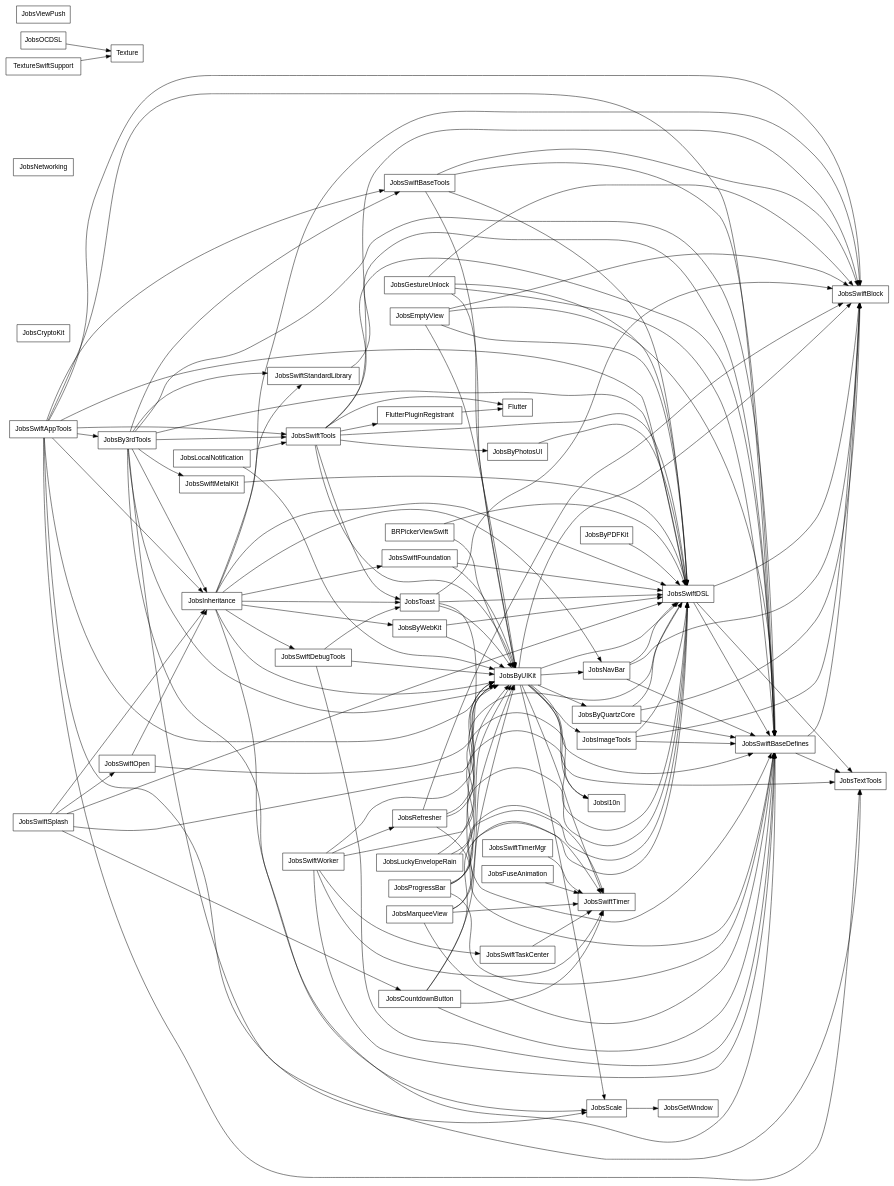
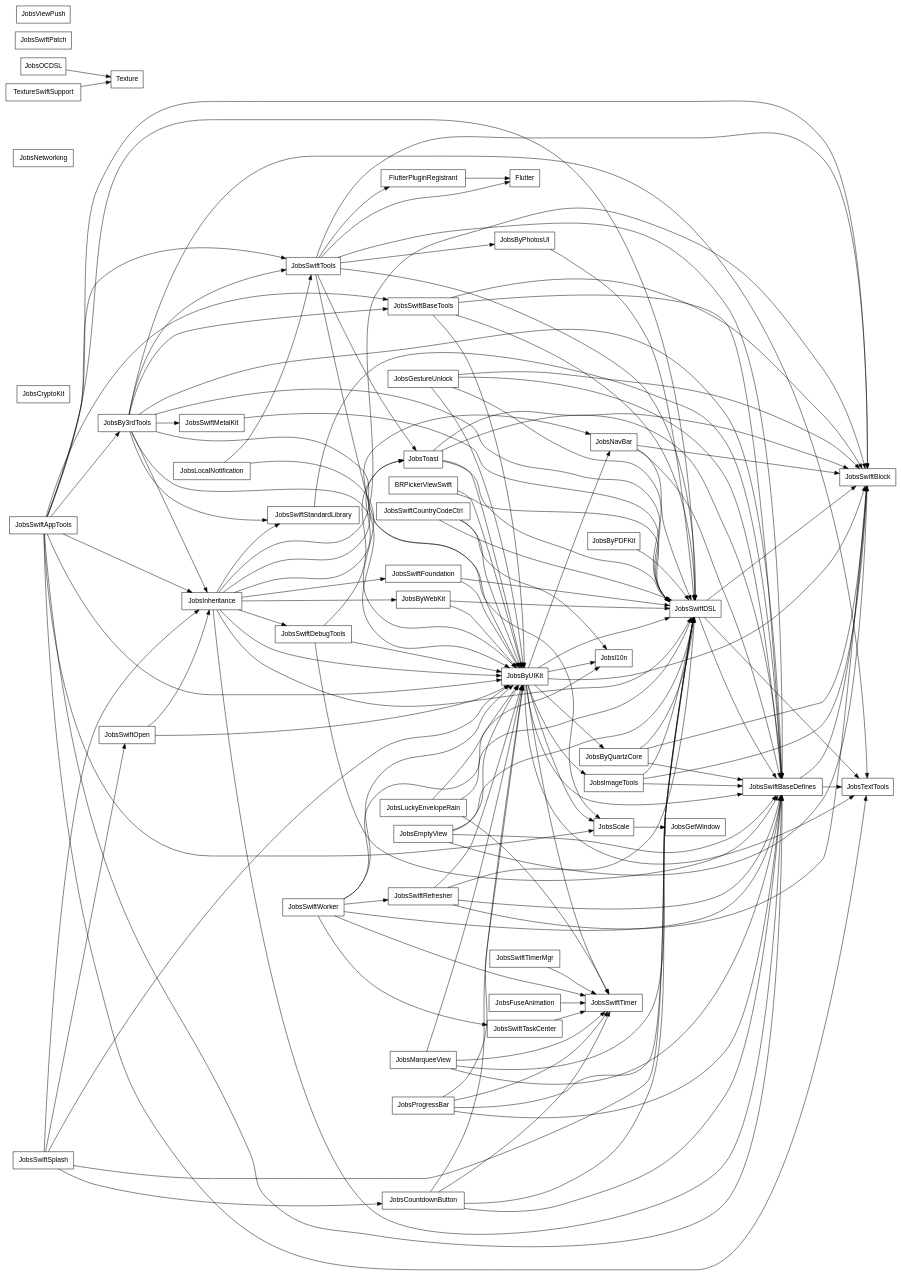
Before and after one commit to JobsKits/JobsSwiftBaseConfigDemo: the diagram in PodspecDependencyReport/PodspecDependencies_internal.dot, drawn with Graphviz. The commit also changed 61 other files, not shown here.

```diff
--- a/PodspecDependencyReport/PodspecDependencies_internal.dot
+++ b/PodspecDependencyReport/PodspecDependencies_internal.dot
@@ -1,184 +1,189 @@
 digraph PodspecDependencies {
   rankdir=LR;
   node [shape=box, fontname="Helvetica"];
   "BRPickerViewSwift";
   "Flutter";
   "FlutterPluginRegistrant";
   "JobsBy3rdTools";
   "JobsByPDFKit";
   "JobsByPhotosUI";
   "JobsByQuartzCore";
   "JobsByUIKit";
   "JobsByWebKit";
   "JobsCountdownButton";
   "JobsCryptoKit";
   "JobsEmptyView";
   "JobsFuseAnimation";
   "JobsGestureUnlock";
   "JobsGetWindow";
   "JobsImageTools";
   "JobsInheritance";
   "JobsLocalNotification";
   "JobsLuckyEnvelopeRain";
   "JobsMarqueeView";
   "JobsNavBar";
   "JobsNetworking";
   "JobsOCDSL";
   "JobsProgressBar";
-  "JobsRefresher";
   "JobsScale";
   "JobsSwiftAppTools";
   "JobsSwiftBaseDefines";
   "JobsSwiftBaseTools";
   "JobsSwiftBlock";
+  "JobsSwiftCountryCodeCtrl";
   "JobsSwiftDSL";
   "JobsSwiftDebugTools";
   "JobsSwiftFoundation";
   "JobsSwiftMetalKit";
   "JobsSwiftOpen";
+  "JobsSwiftPatch";
+  "JobsSwiftRefresher";
   "JobsSwiftSplash";
   "JobsSwiftStandardLibrary";
   "JobsSwiftTaskCenter";
   "JobsSwiftTimer";
   "JobsSwiftTimerMgr";
   "JobsSwiftTools";
   "JobsSwiftWorker";
   "JobsTextTools";
   "JobsToast";
   "JobsViewPush";
   "Jobsl10n";
   "Texture";
   "TextureSwiftSupport";
   "BRPickerViewSwift" -> "JobsByUIKit";
   "BRPickerViewSwift" -> "JobsSwiftDSL";
   "FlutterPluginRegistrant" -> "Flutter";
   "JobsBy3rdTools" -> "JobsByUIKit";
   "JobsBy3rdTools" -> "JobsInheritance";
   "JobsBy3rdTools" -> "JobsScale";
   "JobsBy3rdTools" -> "JobsSwiftBaseDefines";
   "JobsBy3rdTools" -> "JobsSwiftBaseTools";
   "JobsBy3rdTools" -> "JobsSwiftDSL";
   "JobsBy3rdTools" -> "JobsSwiftMetalKit";
   "JobsBy3rdTools" -> "JobsSwiftStandardLibrary";
   "JobsBy3rdTools" -> "JobsSwiftTools";
   "JobsBy3rdTools" -> "JobsTextTools";
   "JobsByPDFKit" -> "JobsSwiftDSL";
   "JobsByPhotosUI" -> "JobsSwiftDSL";
   "JobsByQuartzCore" -> "JobsSwiftBaseDefines";
   "JobsByQuartzCore" -> "JobsSwiftBlock";
   "JobsByQuartzCore" -> "JobsSwiftDSL";
   "JobsByUIKit" -> "JobsByQuartzCore";
   "JobsByUIKit" -> "JobsImageTools";
   "JobsByUIKit" -> "JobsNavBar";
   "JobsByUIKit" -> "JobsScale";
   "JobsByUIKit" -> "JobsSwiftBaseDefines";
   "JobsByUIKit" -> "JobsSwiftBlock";
   "JobsByUIKit" -> "JobsSwiftDSL";
   "JobsByUIKit" -> "JobsSwiftTimer";
   "JobsByUIKit" -> "JobsTextTools";
   "JobsByUIKit" -> "Jobsl10n";
   "JobsByWebKit" -> "JobsByUIKit";
   "JobsByWebKit" -> "JobsSwiftDSL";
   "JobsCountdownButton" -> "JobsByUIKit";
   "JobsCountdownButton" -> "JobsSwiftBaseDefines";
   "JobsCountdownButton" -> "JobsSwiftDSL";
   "JobsCountdownButton" -> "JobsSwiftTimer";
   "JobsEmptyView" -> "JobsByUIKit";
   "JobsEmptyView" -> "JobsSwiftBaseDefines";
   "JobsEmptyView" -> "JobsSwiftBlock";
   "JobsEmptyView" -> "JobsSwiftDSL";
   "JobsFuseAnimation" -> "JobsSwiftTimer";
   "JobsGestureUnlock" -> "JobsByUIKit";
   "JobsGestureUnlock" -> "JobsSwiftBaseDefines";
   "JobsGestureUnlock" -> "JobsSwiftBlock";
   "JobsGestureUnlock" -> "JobsSwiftDSL";
   "JobsImageTools" -> "JobsSwiftBaseDefines";
   "JobsImageTools" -> "JobsSwiftBlock";
   "JobsImageTools" -> "JobsSwiftDSL";
   "JobsInheritance" -> "JobsByUIKit";
   "JobsInheritance" -> "JobsByWebKit";
   "JobsInheritance" -> "JobsNavBar";
   "JobsInheritance" -> "JobsSwiftBaseDefines";
   "JobsInheritance" -> "JobsSwiftBlock";
   "JobsInheritance" -> "JobsSwiftDSL";
   "JobsInheritance" -> "JobsSwiftDebugTools";
   "JobsInheritance" -> "JobsSwiftFoundation";
   "JobsInheritance" -> "JobsSwiftStandardLibrary";
   "JobsInheritance" -> "JobsToast";
   "JobsLocalNotification" -> "JobsByUIKit";
   "JobsLocalNotification" -> "JobsSwiftTools";
   "JobsLuckyEnvelopeRain" -> "JobsByUIKit";
   "JobsLuckyEnvelopeRain" -> "JobsSwiftDSL";
   "JobsLuckyEnvelopeRain" -> "JobsSwiftTimer";
   "JobsMarqueeView" -> "JobsByUIKit";
   "JobsMarqueeView" -> "JobsSwiftBaseDefines";
   "JobsMarqueeView" -> "JobsSwiftDSL";
   "JobsMarqueeView" -> "JobsSwiftTimer";
   "JobsNavBar" -> "JobsSwiftBaseDefines";
   "JobsNavBar" -> "JobsSwiftBlock";
   "JobsNavBar" -> "JobsSwiftDSL";
   "JobsOCDSL" -> "Texture";
   "JobsProgressBar" -> "JobsByUIKit";
   "JobsProgressBar" -> "JobsSwiftBaseDefines";
   "JobsProgressBar" -> "JobsSwiftDSL";
   "JobsProgressBar" -> "JobsSwiftTimer";
-  "JobsRefresher" -> "JobsByUIKit";
-  "JobsRefresher" -> "JobsSwiftBaseDefines";
-  "JobsRefresher" -> "JobsSwiftBlock";
-  "JobsRefresher" -> "JobsSwiftDSL";
   "JobsScale" -> "JobsGetWindow";
   "JobsSwiftAppTools" -> "JobsBy3rdTools";
   "JobsSwiftAppTools" -> "JobsByUIKit";
   "JobsSwiftAppTools" -> "JobsInheritance";
   "JobsSwiftAppTools" -> "JobsScale";
   "JobsSwiftAppTools" -> "JobsSwiftBaseDefines";
   "JobsSwiftAppTools" -> "JobsSwiftBaseTools";
   "JobsSwiftAppTools" -> "JobsSwiftBlock";
   "JobsSwiftAppTools" -> "JobsSwiftDSL";
   "JobsSwiftAppTools" -> "JobsSwiftTools";
   "JobsSwiftAppTools" -> "JobsTextTools";
   "JobsSwiftBaseDefines" -> "JobsSwiftBlock";
   "JobsSwiftBaseDefines" -> "JobsTextTools";
   "JobsSwiftBaseTools" -> "JobsByUIKit";
   "JobsSwiftBaseTools" -> "JobsSwiftBaseDefines";
   "JobsSwiftBaseTools" -> "JobsSwiftBlock";
   "JobsSwiftBaseTools" -> "JobsSwiftDSL";
+  "JobsSwiftCountryCodeCtrl" -> "JobsByUIKit";
+  "JobsSwiftCountryCodeCtrl" -> "JobsSwiftDSL";
+  "JobsSwiftCountryCodeCtrl" -> "Jobsl10n";
   "JobsSwiftDSL" -> "JobsSwiftBaseDefines";
   "JobsSwiftDSL" -> "JobsSwiftBlock";
   "JobsSwiftDSL" -> "JobsTextTools";
   "JobsSwiftDebugTools" -> "JobsByUIKit";
   "JobsSwiftDebugTools" -> "JobsSwiftBaseDefines";
   "JobsSwiftDebugTools" -> "JobsToast";
   "JobsSwiftFoundation" -> "JobsByUIKit";
   "JobsSwiftFoundation" -> "JobsSwiftDSL";
   "JobsSwiftMetalKit" -> "JobsSwiftDSL";
   "JobsSwiftOpen" -> "JobsByUIKit";
   "JobsSwiftOpen" -> "JobsInheritance";
+  "JobsSwiftRefresher" -> "JobsByUIKit";
+  "JobsSwiftRefresher" -> "JobsSwiftBaseDefines";
+  "JobsSwiftRefresher" -> "JobsSwiftBlock";
+  "JobsSwiftRefresher" -> "JobsSwiftDSL";
   "JobsSwiftSplash" -> "JobsByUIKit";
   "JobsSwiftSplash" -> "JobsCountdownButton";
   "JobsSwiftSplash" -> "JobsInheritance";
   "JobsSwiftSplash" -> "JobsSwiftDSL";
   "JobsSwiftSplash" -> "JobsSwiftOpen";
   "JobsSwiftStandardLibrary" -> "JobsSwiftBaseDefines";
   "JobsSwiftTaskCenter" -> "JobsSwiftTimer";
   "JobsSwiftTimerMgr" -> "JobsSwiftTimer";
   "JobsSwiftTools" -> "Flutter";
   "JobsSwiftTools" -> "FlutterPluginRegistrant";
   "JobsSwiftTools" -> "JobsByPhotosUI";
   "JobsSwiftTools" -> "JobsByUIKit";
   "JobsSwiftTools" -> "JobsSwiftBaseDefines";
   "JobsSwiftTools" -> "JobsSwiftBlock";
   "JobsSwiftTools" -> "JobsSwiftDSL";
   "JobsSwiftTools" -> "JobsToast";
   "JobsSwiftWorker" -> "JobsByUIKit";
-  "JobsSwiftWorker" -> "JobsRefresher";
   "JobsSwiftWorker" -> "JobsSwiftBaseDefines";
+  "JobsSwiftWorker" -> "JobsSwiftRefresher";
   "JobsSwiftWorker" -> "JobsSwiftTaskCenter";
   "JobsSwiftWorker" -> "JobsSwiftTimer";
   "JobsSwiftWorker" -> "Jobsl10n";
   "JobsToast" -> "JobsByUIKit";
   "JobsToast" -> "JobsSwiftBaseDefines";
   "JobsToast" -> "JobsSwiftBlock";
   "JobsToast" -> "JobsSwiftDSL";
   "TextureSwiftSupport" -> "Texture";
 }
```
